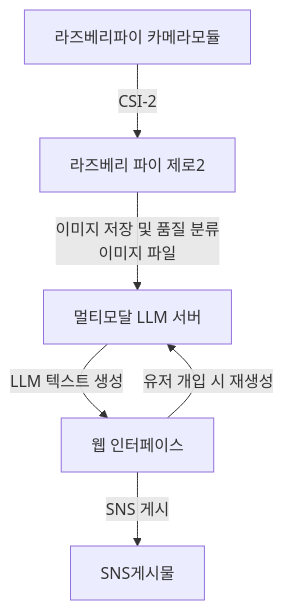
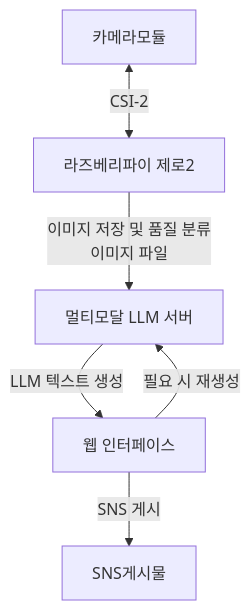
One commit to NooriDoori/cam changed the diagram in README.md. Above: the diagram before and after it, drawn with Mermaid. The commit also changed other lines of this file, not shown here.

````diff
--- a/README.md
+++ b/README.md
@@ -27,9 +27,9 @@
 ```mermaid
 graph TD
-    A[라즈베리파이 카메라모듈] --CSI-2--> B[라즈베리 파이 제로2]
+    A[카메라모듈] <--CSI-2--> B[라즈베리파이 제로2]
     B -->|이미지 저장 및 품질 분류\n이미지 파일| C[멀티모달 LLM 서버]
     C -->|LLM 텍스트 생성| D[웹 인터페이스]
-    D -- 유저 개입 시 재생성 --> C
+    D -- 필요 시 재생성 --> C
     D -->|SNS 게시| E[SNS게시물]
 
 ```
````
